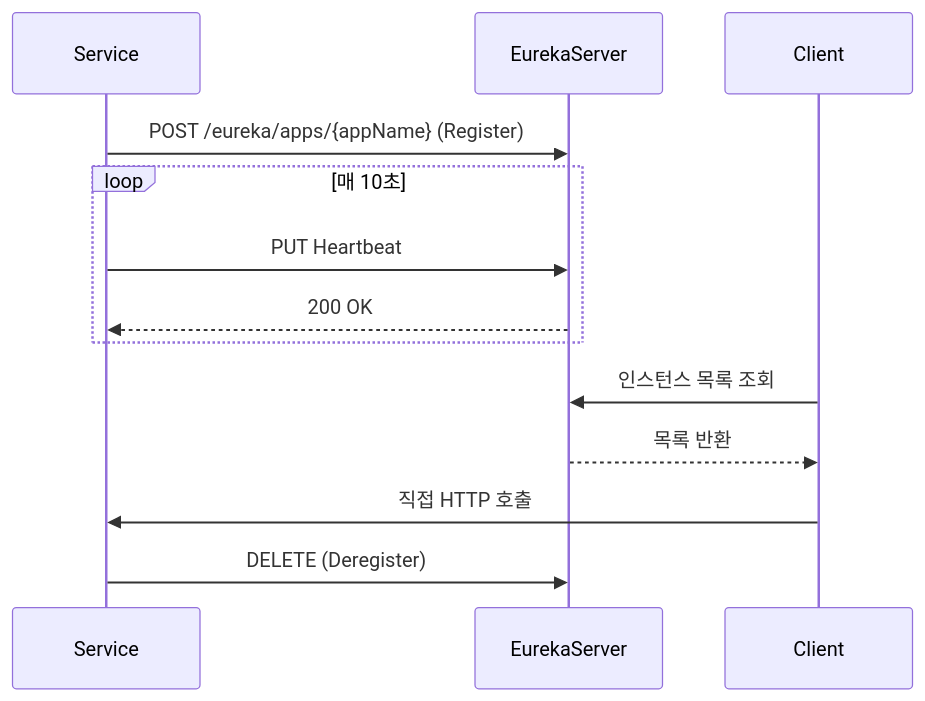
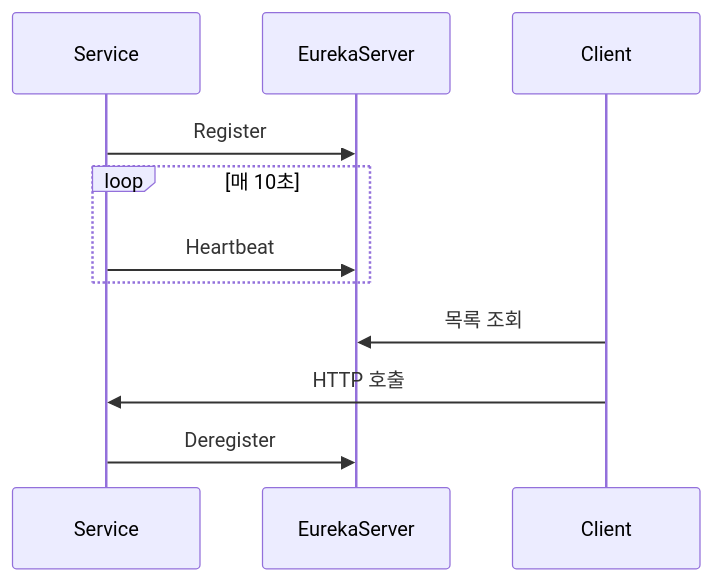
One commit to yjkim2015/yjkim2015.github.io changed the first of 4 diagrams in _posts/spring/2026-05-01-spring-eureka.md. Above: the diagram before and after it, drawn with Mermaid. The commit also changed other lines of this file and 155 other files, not shown here.

First line of the commit message:
Mermaid 전면 수정: subgraph 제거, participant/노드/줄수 축소 (342블록)

````diff
--- a/_posts/spring/2026-05-01-spring-eureka.md
+++ b/_posts/spring/2026-05-01-spring-eureka.md
@@ -28,15 +28,13 @@
 ```mermaid
 sequenceDiagram
     participant S as Service
     participant E as EurekaServer
     participant C as Client
-    S->>E: POST /eureka/apps/{appName} (Register)
+    S->>E: Register
     loop 매 10초
-        S->>E: PUT Heartbeat
-        E-->>S: 200 OK
+        S->>E: Heartbeat
     end
-    C->>E: 인스턴스 목록 조회
-    E-->>C: 목록 반환
-    C->>S: 직접 HTTP 호출
-    S->>E: DELETE (Deregister)
+    C->>E: 목록 조회
+    C->>S: HTTP 호출
+    S->>E: Deregister
 ```
````
